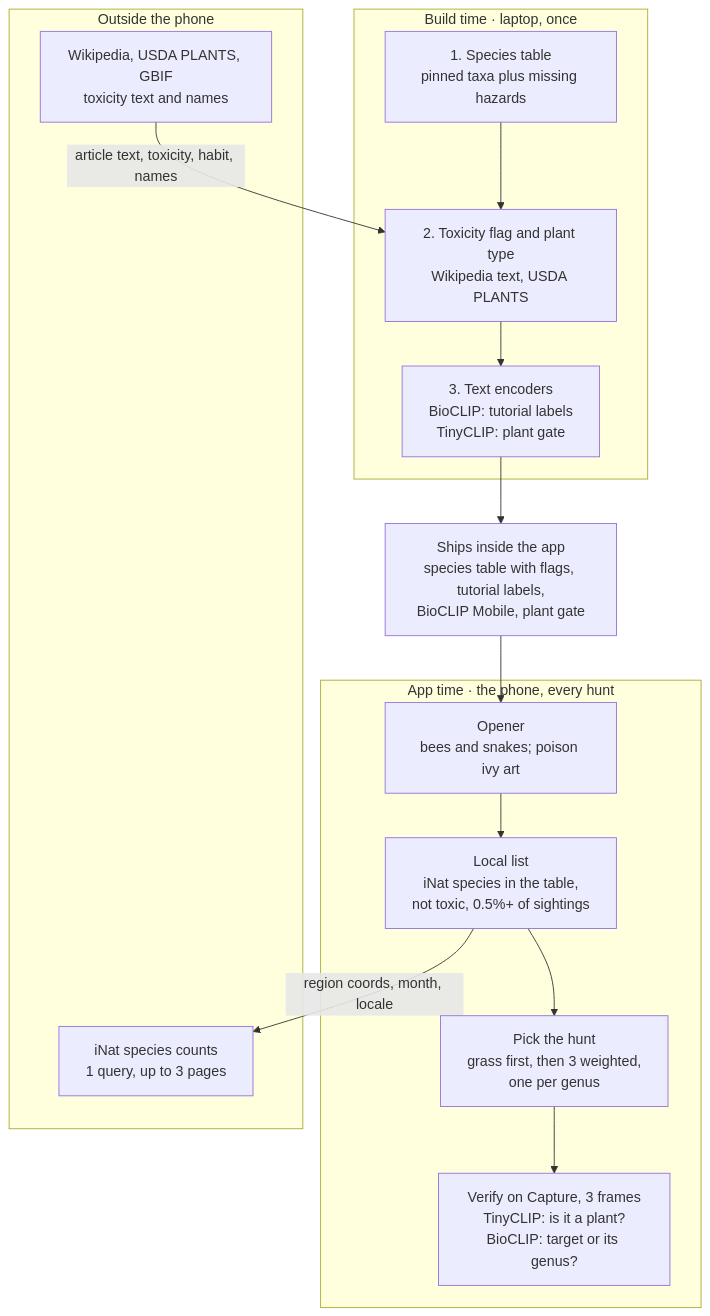
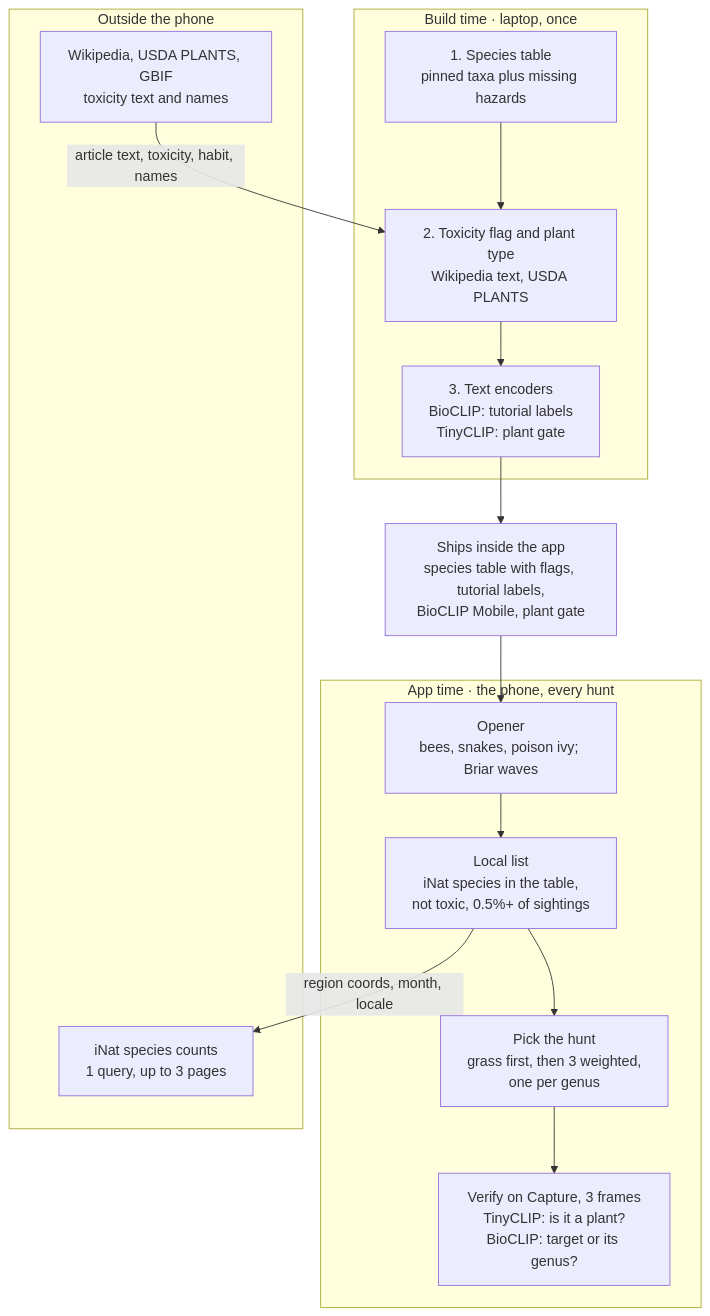
One commit to anchildress1/wild-find changed the diagram in docs/PRD.md. Above: the diagram before and after it, drawn with Mermaid. The commit also changed other lines of this file and 2 other files, not shown here.

First line of the commit message:
docs: match the PRD and Briar's KDoc to what ships

````diff
--- a/docs/PRD.md
+++ b/docs/PRD.md
@@ -179,34 +179,34 @@
 ```mermaid
 %%{init: {'theme': 'default'}}%%
 flowchart TD
     accTitle: wild-find architecture
     accDescr: Build time runs once on a laptop and ships the species table with hazard and toxicity flags, the tutorial label vectors, BioCLIP Mobile, and the plant gate inside the app. At app time the phone pulls the local species list, filters it against the table, picks the hunt, and verifies each capture with the plant gate and BioCLIP. Photos and precise location never leave the phone.
 
     subgraph build["Build time · laptop, once"]
         B1["1. Species table<br/>pinned taxa plus missing hazards"]
         B2["2. Toxicity flag and plant type<br/>Wikipedia text, USDA PLANTS"]
         B3["3. Text encoders<br/>BioCLIP: tutorial labels<br/>TinyCLIP: plant gate"]
         B1 --> B2 --> B3
     end
 
     SHIP["Ships inside the app<br/>species table with flags, tutorial labels,<br/>BioCLIP Mobile, plant gate"]
     B3 --> SHIP
 
     subgraph app["App time · the phone, every hunt"]
-        A1["Opener<br/>bees and snakes; poison ivy art"]
+        A1["Opener<br/>bees, snakes, poison ivy; Briar waves"]
         A2["Local list<br/>iNat species in the table,<br/>not toxic, 0.5%+ of sightings"]
         A3["Pick the hunt<br/>grass first, then 3 weighted,<br/>one per genus"]
         A5["Verify on Capture, 3 frames<br/>TinyCLIP: is it a plant?<br/>BioCLIP: target or its genus?"]
         A1 --> A2 --> A3 --> A5
     end
 
     SHIP --> A1
 
     subgraph outside["Outside the phone"]
         E2["Wikipedia, USDA PLANTS, GBIF<br/>toxicity text and names"]
         E3["iNat species counts<br/>1 query, up to 3 pages"]
     end
 
     E2 -- "article text, toxicity, habit, names" --> B2
     A2 -- "region coords, month, locale" --> E3
 ```
````
